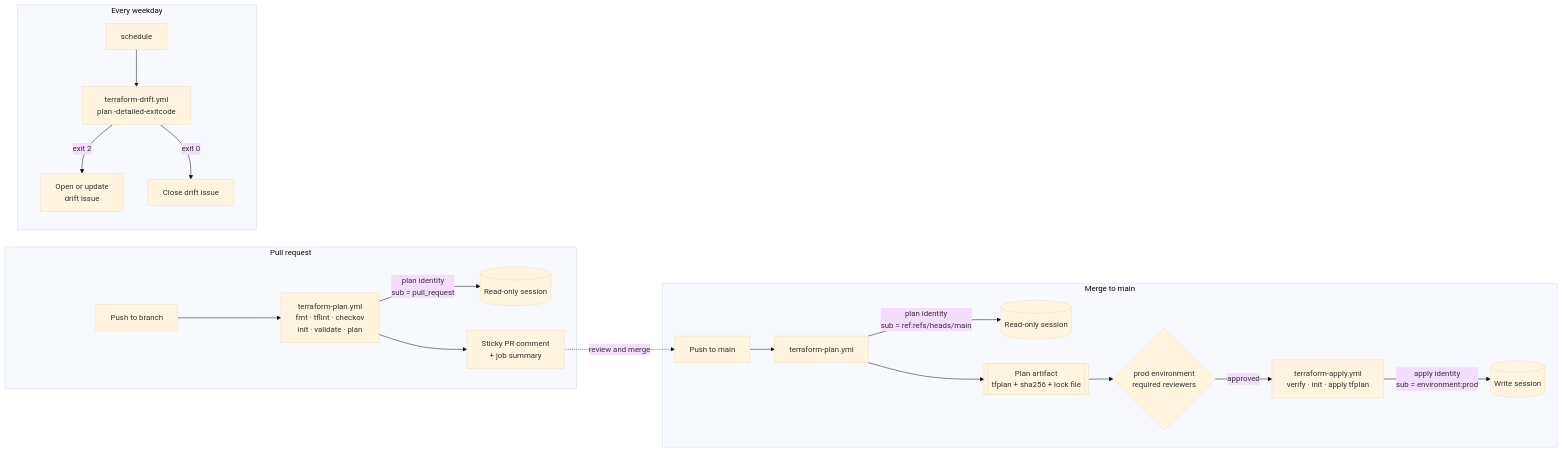
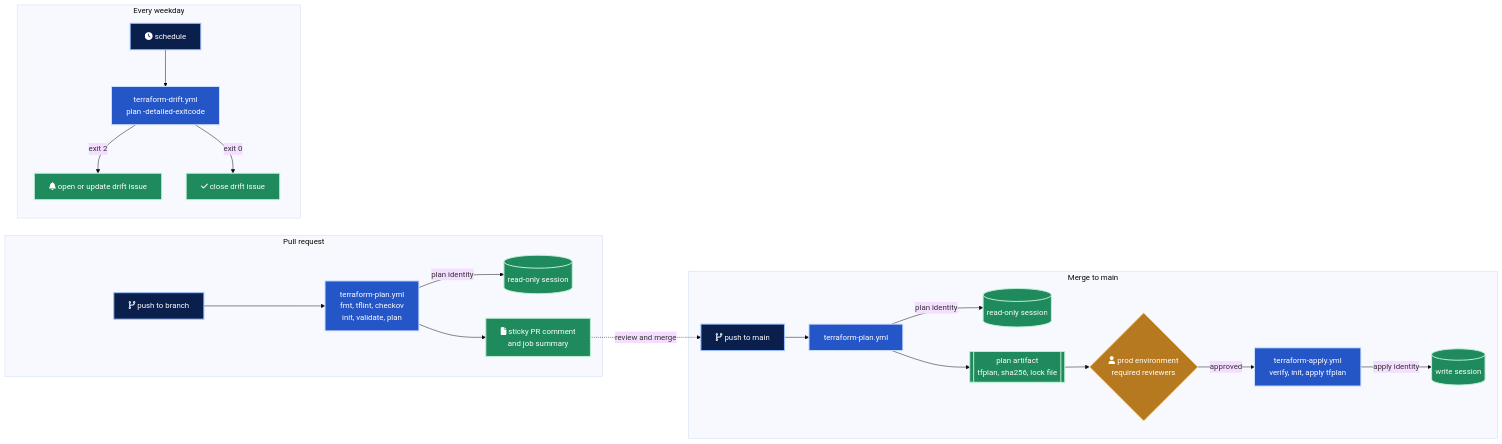
The second of 3 diagrams in README.md (marlyngiselle/terraform-github-actions-oidc), drawn with Mermaid (base theme) before and after one commit. The commit also changed other lines of this file and 4 other files, not shown here.

````diff
--- a/README.md
+++ b/README.md
@@ -39,25 +87,34 @@
 ```mermaid
 flowchart LR
     subgraph PR["Pull request"]
-        A[Push to branch] --> B["terraform-plan.yml<br/>fmt · tflint · checkov<br/>init · validate · plan"]
-        B -->|plan identity<br/>sub = pull_request| C[(Read-only session)]
-        B --> D[Sticky PR comment<br/>+ job summary]
+        A["fa:fa-code-branch push to branch"] --> B["terraform-plan.yml<br/>fmt, tflint, checkov<br/>init, validate, plan"]
+        B -->|"plan identity"| C[("read-only session")]
+        B --> D["fa:fa-file sticky PR comment<br/>and job summary"]
     end
 
     subgraph MAIN["Merge to main"]
-        E[Push to main] --> F["terraform-plan.yml"]
-        F -->|plan identity<br/>sub = ref:refs/heads/main| G[(Read-only session)]
-        F --> H[[Plan artifact<br/>tfplan + sha256 + lock file]]
-        H --> I{prod environment<br/>required reviewers}
-        I -->|approved| J["terraform-apply.yml<br/>verify · init · apply tfplan"]
-        J -->|apply identity<br/>sub = environment:prod| K[(Write session)]
+        E["fa:fa-code-branch push to main"] --> F["terraform-plan.yml"]
+        F -->|"plan identity"| G[("read-only session")]
+        F --> H[["plan artifact<br/>tfplan, sha256, lock file"]]
+        H --> I{"fa:fa-user prod environment<br/>required reviewers"}
+        I -->|approved| J["terraform-apply.yml<br/>verify, init, apply tfplan"]
+        J -->|"apply identity"| K[("write session")]
     end
 
     subgraph SCHED["Every weekday"]
-        L[schedule] --> M["terraform-drift.yml<br/>plan -detailed-exitcode"]
-        M -->|exit 2| N[Open or update<br/>drift issue]
-        M -->|exit 0| O[Close drift issue]
+        L["fa:fa-clock schedule"] --> M["terraform-drift.yml<br/>plan -detailed-exitcode"]
+        M -->|exit 2| N["fa:fa-bell open or update drift issue"]
+        M -->|exit 0| O["fa:fa-check close drift issue"]
     end
 
-    D -. review and merge .-> E
+    D -. "review and merge" .-> E
+
+    classDef wf fill:#2456c8,stroke:#cfe0ff,stroke-width:2px,color:#fff
+    classDef ev fill:#0b1f4d,stroke:#9cc0ff,stroke-width:2px,color:#fff
+    classDef gate fill:#b7791f,stroke:#ffe2a8,stroke-width:2px,color:#fff
+    classDef out fill:#1f8a5b,stroke:#bff0d6,stroke-width:2px,color:#fff
+    class B,F,J,M wf
+    class A,E,L ev
+    class I gate
+    class C,D,G,H,K,N,O out
 ```
````
